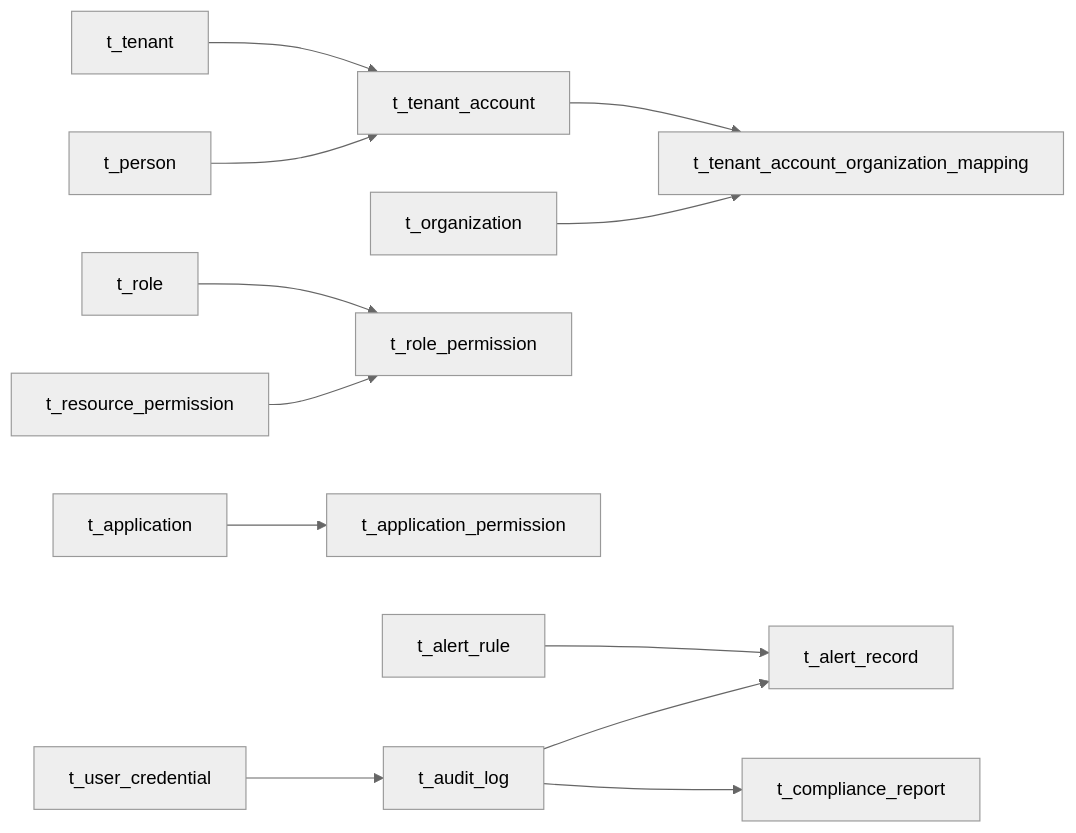
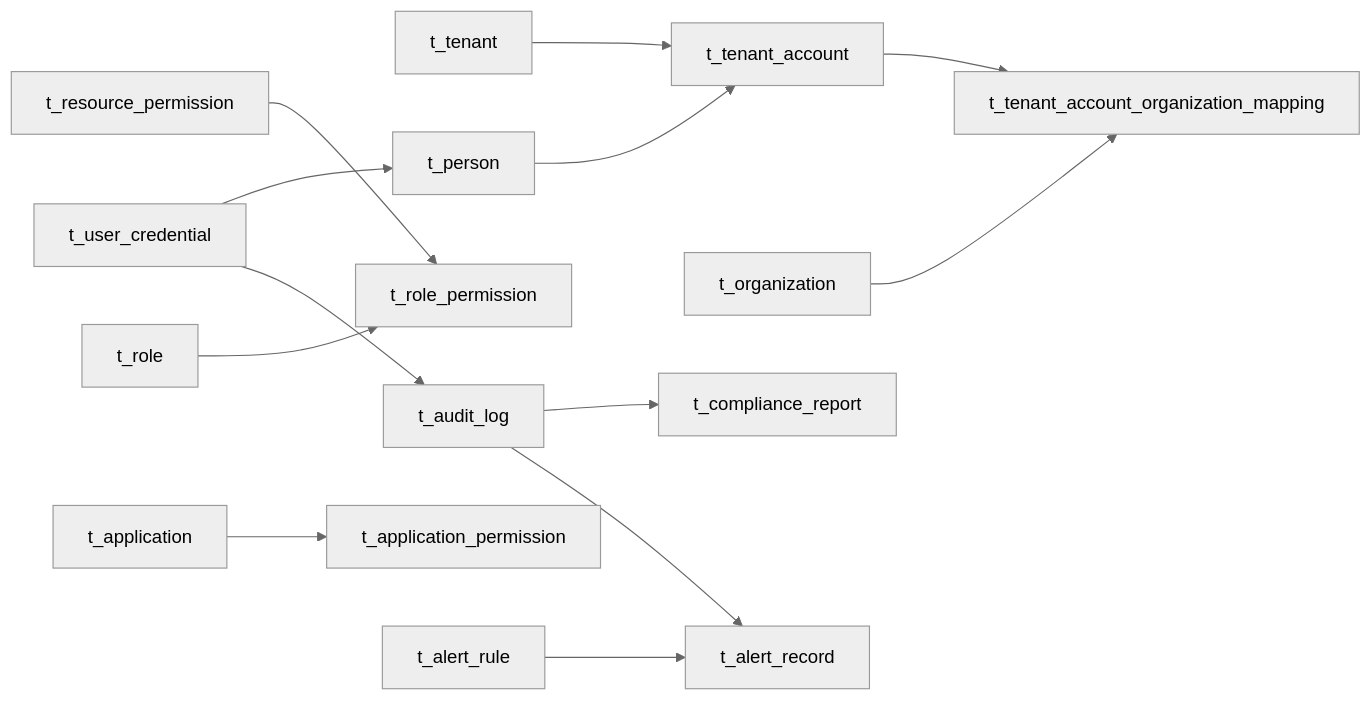
One commit to fq0121104930716/iam-platform changed diagram 11 of 11 in .qoder/repowiki/zh/content/数据库设计/数据库架构/数据库架构.md. Above: the diagram before and after it, drawn with Mermaid (neutral theme). The commit also changed other lines of this file and 13 other files, not shown here.

````diff
--- a/.qoder/repowiki/zh/content/数据库设计/数据库架构/数据库架构.md
+++ b/.qoder/repowiki/zh/content/数据库设计/数据库架构/数据库架构.md
@@ -632,14 +683,15 @@
 ```mermaid
 graph LR
 Tenant["t_tenant"] --> TenantAccount["t_tenant_account"]
 Person["t_person"] --> TenantAccount
 TenantAccount --> OrgMap["t_tenant_account_organization_mapping"]
 Org["t_organization"] --> OrgMap
 Role["t_role"] --> RolePerm["t_role_permission"]
 ResPerm["t_resource_permission"] --> RolePerm
 App["t_application"] --> AppPerm["t_application_permission"]
 UserCredential["t_user_credential"] --> AuditLog["t_audit_log"]
+UserCredential --> Person["t_person"]
 AlertRule["t_alert_rule"] --> AlertRecord["t_alert_record"]
 AuditLog --> AlertRecord
 AuditLog --> ComplianceReport["t_compliance_report"]
 ```
````
